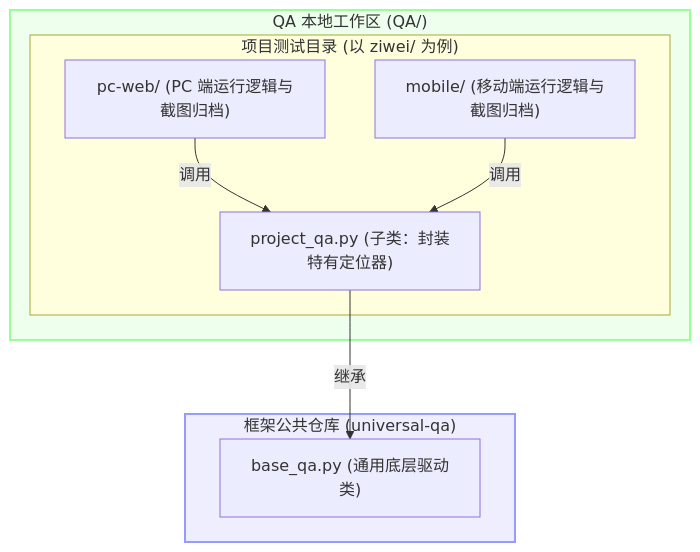
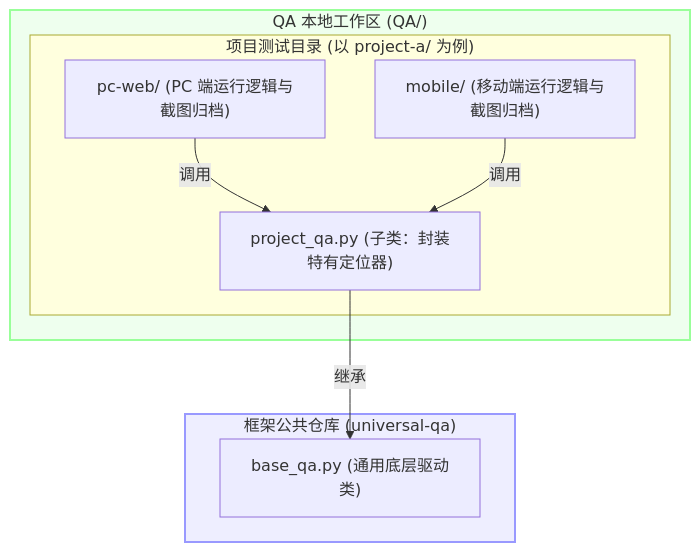
The diagram in README.zh-CN.md (LukeJiaoR/playwright-visual-qa), drawn with Mermaid before and after one commit. The commit also changed other lines of this file and 1 other file, not shown here.

````diff
--- a/README.zh-CN.md
+++ b/README.zh-CN.md
@@ -35,18 +35,18 @@
 ```mermaid
 graph TD
     subgraph universal-qa ["框架公共仓库 (universal-qa)"]
         BaseQA["base_qa.py (通用底层驱动类)"]
     end
     subgraph QA ["QA 本地工作区 (QA/)"]
-        subgraph Project ["项目测试目录 (以 ziwei/ 为例)"]
+        subgraph Project ["项目测试目录 (以 project-a/ 为例)"]
             SubQA["project_qa.py (子类：封装特有定位器)"]
             PC["pc-web/ (PC 端运行逻辑与截图归档)"]
             Mobile["mobile/ (移动端运行逻辑与截图归档)"]
         end
     end
     SubQA -->|继承| BaseQA
     PC -->|调用| SubQA
     Mobile -->|调用| SubQA
     style universal-qa fill:#eef,stroke:#99f,stroke-width:2px
     style QA fill:#efe,stroke:#9f9,stroke-width:2px
 ```
````
